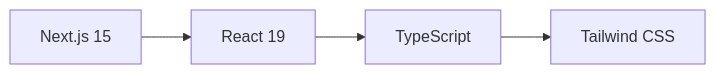
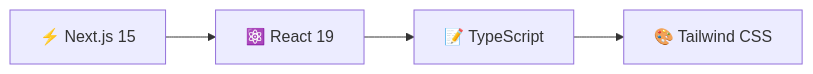
The sixth of 17 diagrams in README.md (sep490-drivemate-system/webapp), drawn with Mermaid before and after one commit. The commit also changed other lines of this file and 1 other file, not shown here.

````diff
--- a/README.md
+++ b/README.md
@@ -294,6 +165,6 @@
 ```mermaid
 graph LR
-    NextJS[Next.js 15] --> React[React 19]
-    React --> TypeScript[TypeScript]
-    TypeScript --> Tailwind[Tailwind CSS]
+    NextJS[⚡ Next.js 15] --> React[⚛️ React 19]
+    React --> TypeScript[📝 TypeScript]
+    TypeScript --> Tailwind[🎨 Tailwind CSS]
 ```
````
